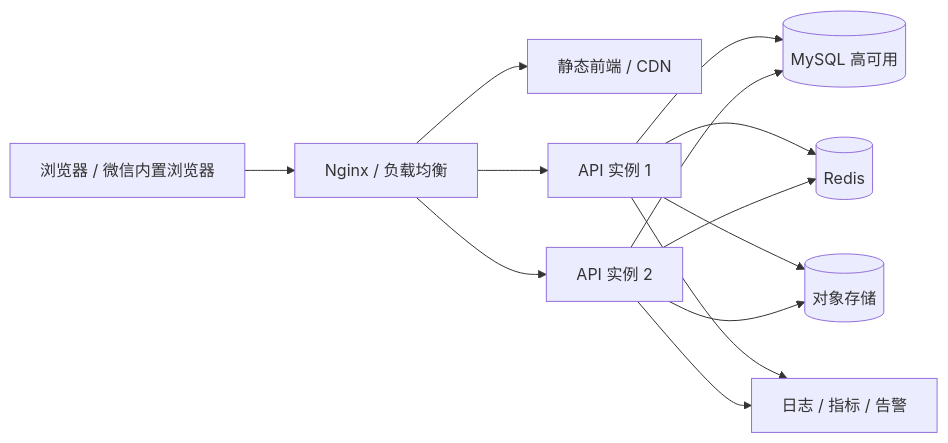
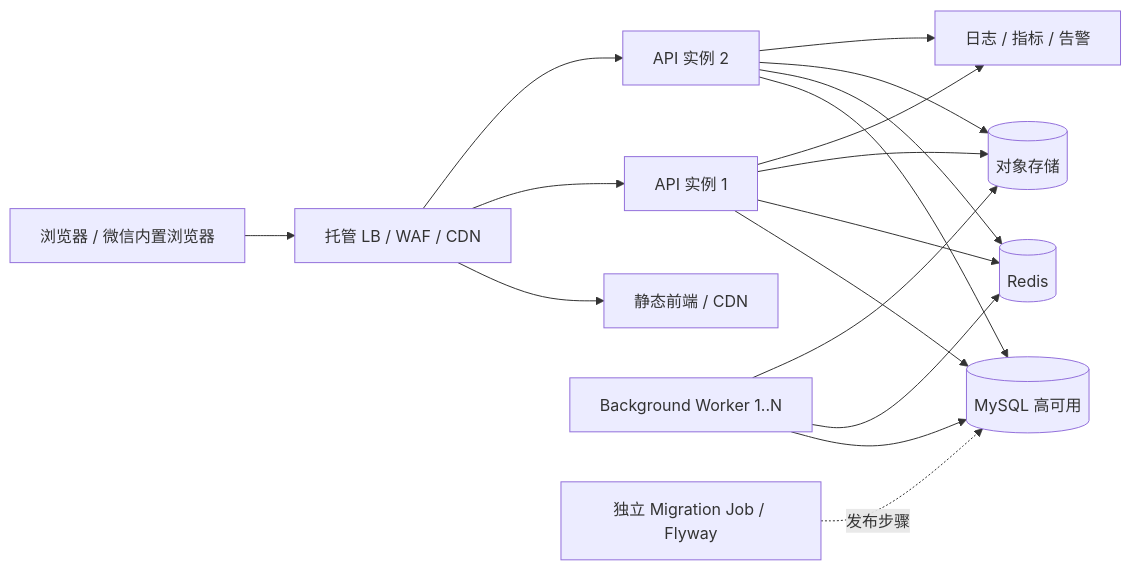
Before and after one commit to ChenWang08/ordershow: the diagram in docs/design/diagrams/deployment-topology.mmd, drawn with Mermaid. The commit also changed other lines of this file and 17 other files, not shown here.

```diff
--- a/docs/design/diagrams/deployment-topology.mmd
+++ b/docs/design/diagrams/deployment-topology.mmd
@@ -1,23 +1,29 @@
 flowchart LR
   USER[浏览器 / 微信内置浏览器]
-  LB[Nginx / 负载均衡]
+  LB[托管 LB / WAF / CDN]
   STATIC[静态前端 / CDN]
   API1[API 实例 1]
   API2[API 实例 2]
+  WORKER[Background Worker 1..N]
+  MIGRATE[独立 Migration Job / Flyway]
   MYSQL[(MySQL 高可用)]
   REDIS[(Redis)]
   OSS[(对象存储)]
   OBS[日志 / 指标 / 告警]
 
   USER --> LB
   LB --> STATIC
   LB --> API1
   LB --> API2
   API1 --> MYSQL
   API2 --> MYSQL
+  WORKER --> MYSQL
+  MIGRATE -. 发布步骤 .-> MYSQL
   API1 --> REDIS
   API2 --> REDIS
+  WORKER --> REDIS
   API1 --> OSS
   API2 --> OSS
+  WORKER --> OSS
   API1 --> OBS
   API2 --> OBS
```
